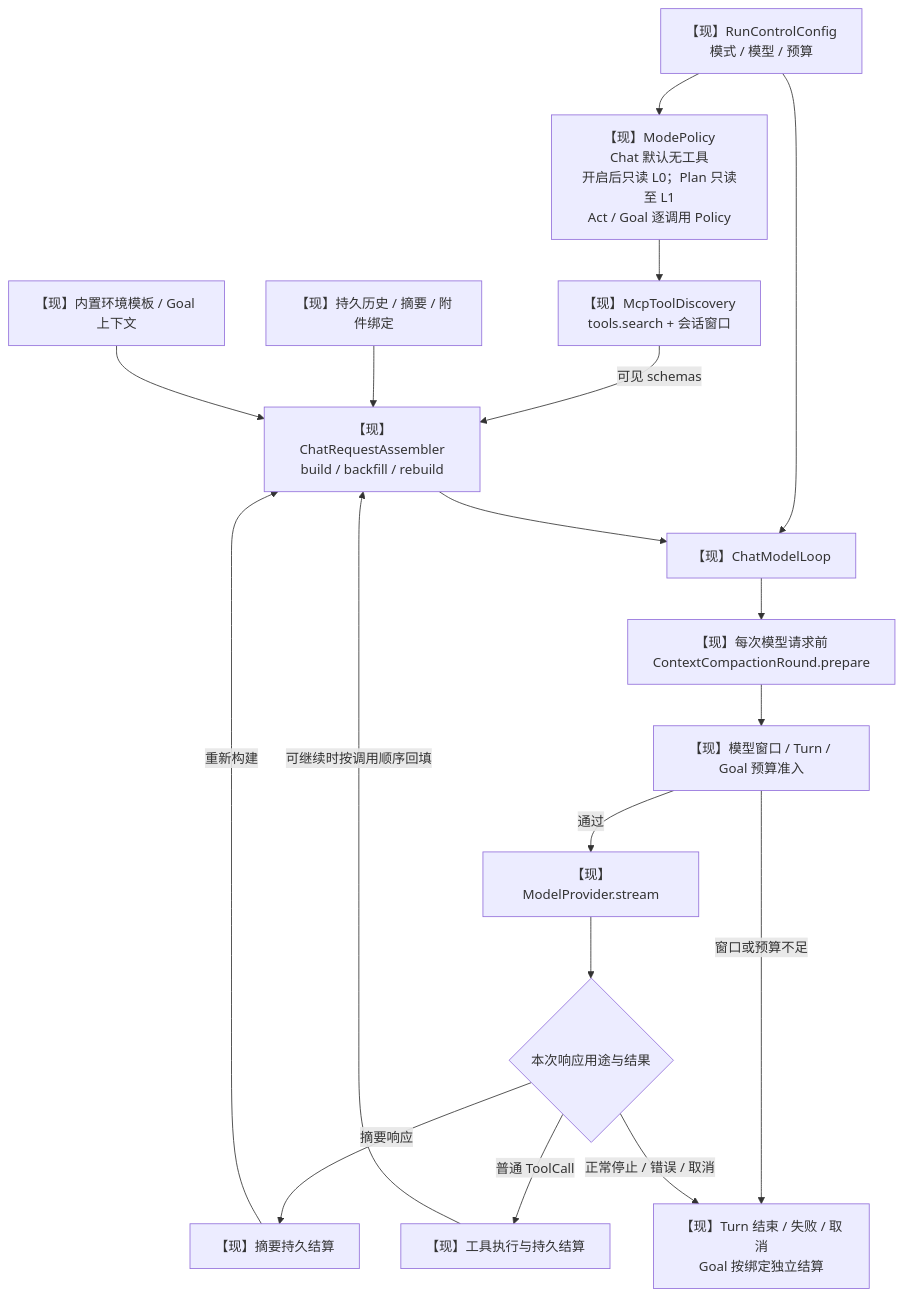
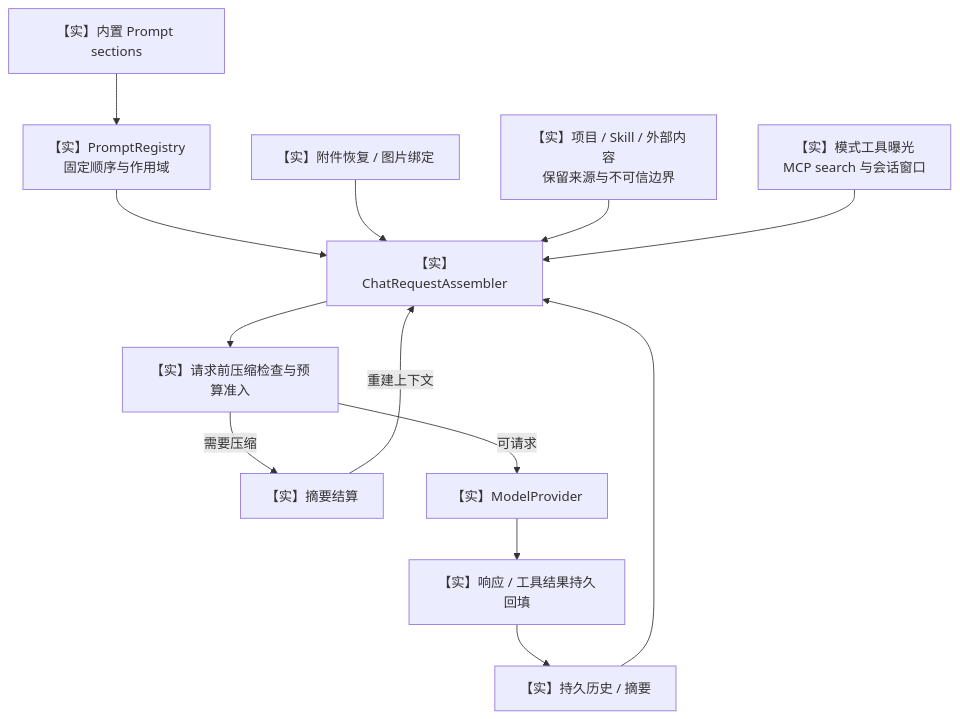
The second of 11 diagrams in docs/research/helix-mermaid-architecture-diagrams.md (dollarser/helix-agent), drawn with Mermaid before and after one commit. The commit also changed other lines of this file and 1 other file, not shown here.

Commit message:
docs: align research and architecture diagrams with current decisions

````diff
--- a/docs/research/helix-mermaid-architecture-diagrams.md
+++ b/docs/research/helix-mermaid-architecture-diagrams.md
@@ -80,35 +45,15 @@
 ```mermaid
 flowchart TB
-    INPUT["【现】RunControlConfig<br/>模式 / 模型 / 预算"]
-    MODE["【现】ModePolicy<br/>Chat 默认无工具<br/>开启后只读 L0；Plan 只读至 L1<br/>Act / Goal 逐调用 Policy"]
-    DISCOVERY["【现】McpToolDiscovery<br/>tools.search + 会话窗口"]
-    HISTORY["【现】持久历史 / 摘要 / 附件绑定"]
-    BUILTIN["【现】内置环境模板 / Goal 上下文"]
-    ASSEMBLER["【现】ChatRequestAssembler<br/>build / backfill / rebuild"]
-    LOOP["【现】ChatModelLoop"]
-    PREPARE["【现】每次模型请求前<br/>ContextCompactionRound.prepare"]
-    ADMISSION["【现】模型窗口 / Turn / Goal 预算准入"]
-    PROVIDER["【现】ModelProvider.stream"]
-    DECISION{"本次响应用途与结果"}
-    SUMMARY["【现】摘要持久结算"]
-    TOOL["【现】工具执行与持久结算"]
-    FINISH["【现】Turn 结束 / 失败 / 取消<br/>Goal 按绑定独立结算"]
-
-    INPUT --> MODE
-    MODE --> DISCOVERY
-    DISCOVERY -->|"可见 schemas"| ASSEMBLER
-    HISTORY --> ASSEMBLER
-    BUILTIN --> ASSEMBLER
-    INPUT --> LOOP
-    ASSEMBLER --> LOOP
-    LOOP --> PREPARE
-    PREPARE --> ADMISSION
-    ADMISSION -->|"通过"| PROVIDER
-    ADMISSION -->|"窗口或预算不足"| FINISH
-    PROVIDER --> DECISION
-    DECISION -->|"摘要响应"| SUMMARY
-    SUMMARY -->|"重新构建"| ASSEMBLER
-    DECISION -->|"普通 ToolCall"| TOOL
-    TOOL -->|"可继续时按调用顺序回填"| ASSEMBLER
-    DECISION -->|"正常停止 / 错误 / 取消"| FINISH
+    BUILTIN["【实】内置 Prompt sections"] --> REG["【实】PromptRegistry<br/>固定顺序与作用域"]
+    REG --> ASM["【实】ChatRequestAssembler"]
+    HIST["【实】持久历史 / 摘要"] --> ASM
+    ATT["【实】附件恢复 / 图片绑定"] --> ASM
+    EXT["【实】项目 / Skill / 外部内容<br/>保留来源与不可信边界"] --> ASM
+    EXP["【实】模式工具曝光<br/>MCP search 与会话窗口"] --> ASM
+    ASM --> CHECK["【实】请求前压缩检查与预算准入"]
+    CHECK -->|"需要压缩"| SUMMARY["【实】摘要结算"]
+    SUMMARY -->|"重建上下文"| ASM
+    CHECK -->|"可请求"| PROVIDER["【实】ModelProvider"]
+    PROVIDER --> RESULT["【实】响应 / 工具结果持久回填"]
+    RESULT --> HIST
 ```
````
